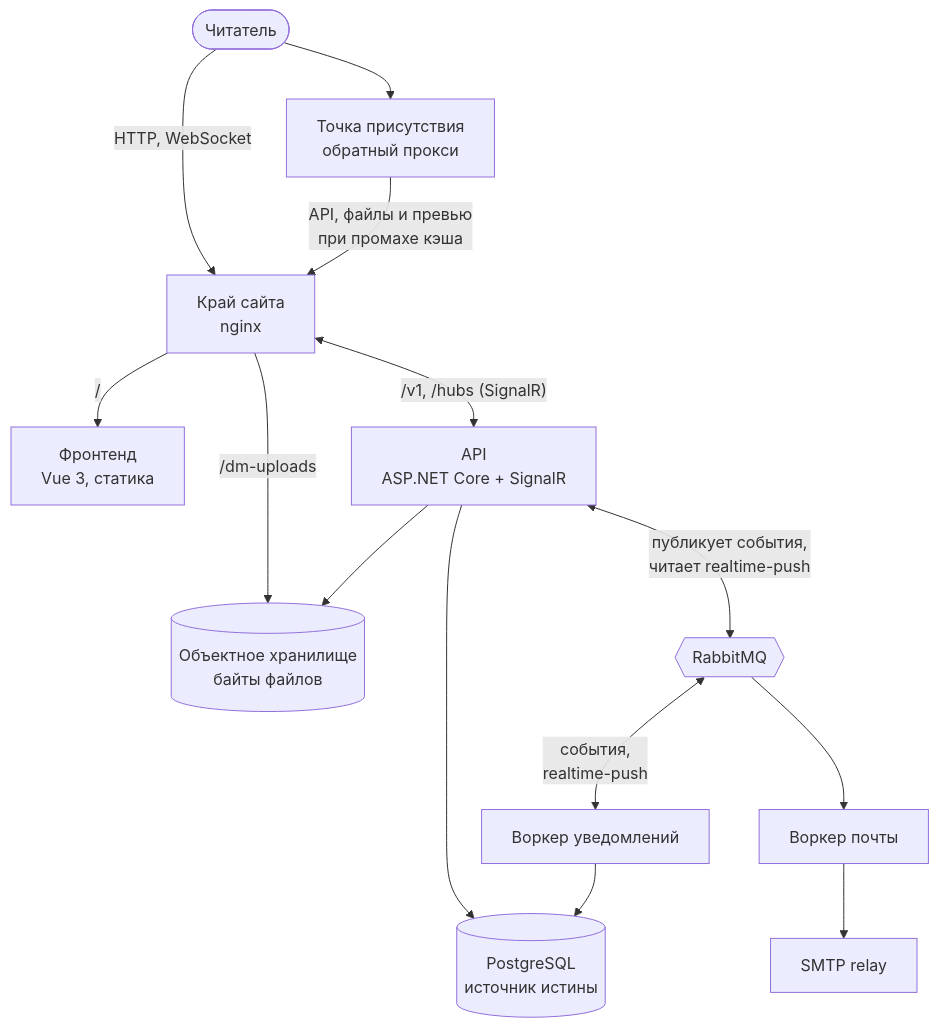
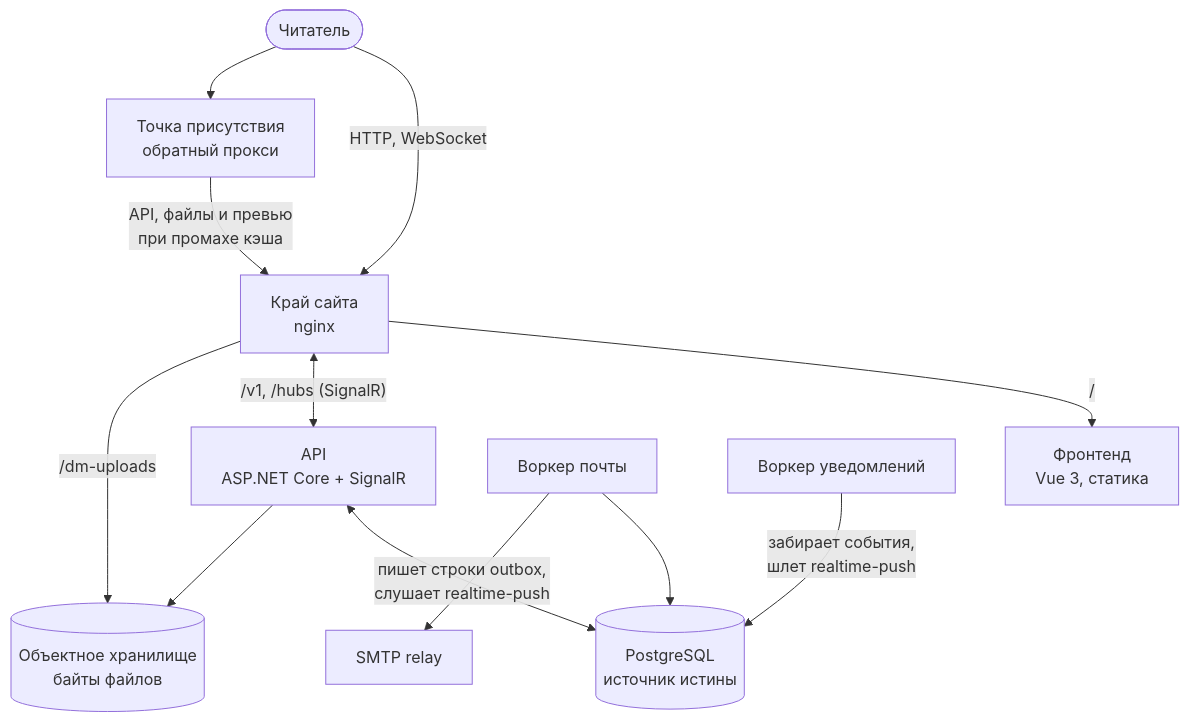
The first of 3 diagrams in docs/architecture/SYSTEM.md (dm-am/dm3), drawn with Mermaid before and after one commit. The commit also changed other lines of this file and 167 other files, not shown here.

````diff
--- a/docs/architecture/SYSTEM.md
+++ b/docs/architecture/SYSTEM.md
@@ -35,28 +35,25 @@
 ```mermaid
 flowchart TB
     reader(["Читатель"])
     pop["Точка присутствия<br/>обратный прокси"]
     edge["Край сайта<br/>nginx"]
     spa["Фронтенд<br/>Vue 3, статика"]
     api["API<br/>ASP.NET Core + SignalR"]
     s3[("Объектное хранилище<br/>байты файлов")]
     pg[("PostgreSQL<br/>источник истины")]
-    rmq{{"RabbitMQ"}}
     wmail["Воркер почты"]
     wnotify["Воркер уведомлений"]
     smtp["SMTP relay"]
 
     reader -->|"HTTP, WebSocket"| edge
     reader --> pop
     pop -->|"API, файлы и превью<br/>при промахе кэша"| edge
     edge -->|"/"| spa
     edge <-->|"/v1, /hubs (SignalR)"| api
     edge -->|"/dm-uploads"| s3
-    api --> pg
+    api <-->|"пишет строки outbox,<br/>слушает realtime-push"| pg
     api --> s3
-    api <-->|"публикует события,<br/>читает realtime-push"| rmq
-    rmq --> wmail
-    rmq <-->|"события,<br/>realtime-push"| wnotify
-    wnotify --> pg
+    wmail --> pg
+    wnotify -->|"забирает события,<br/>шлет realtime-push"| pg
     wmail --> smtp
 ```
````
